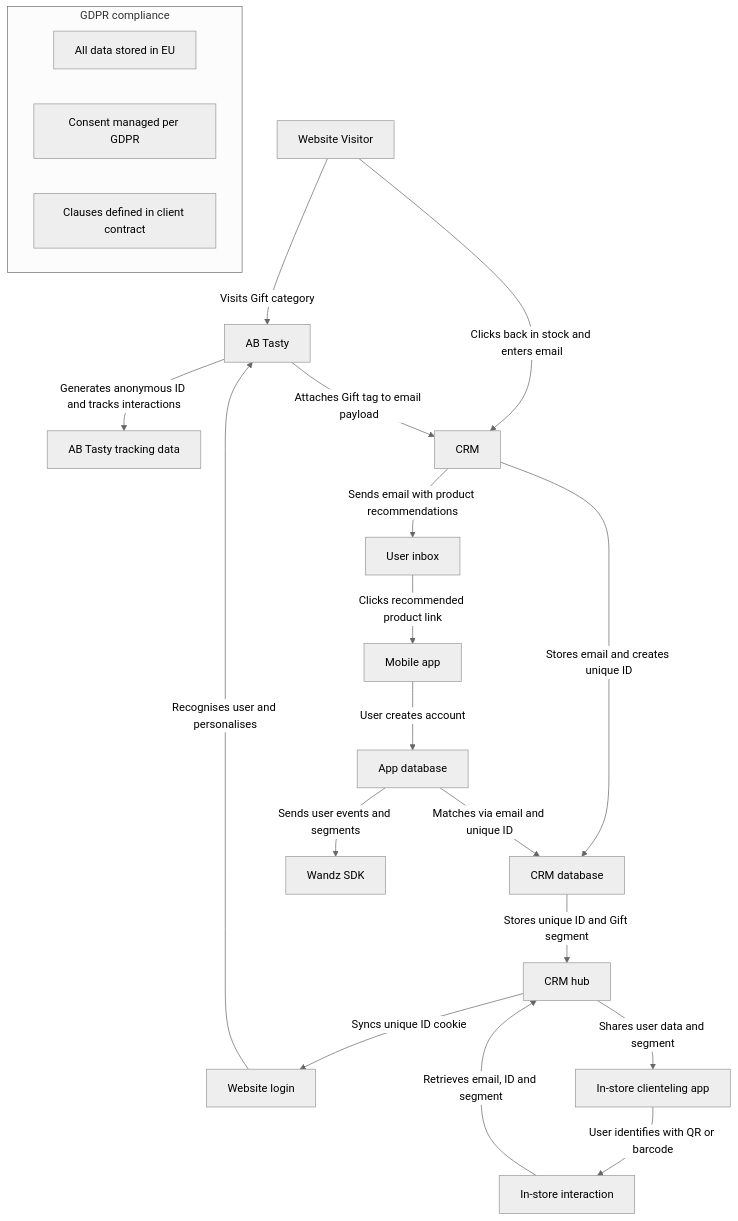
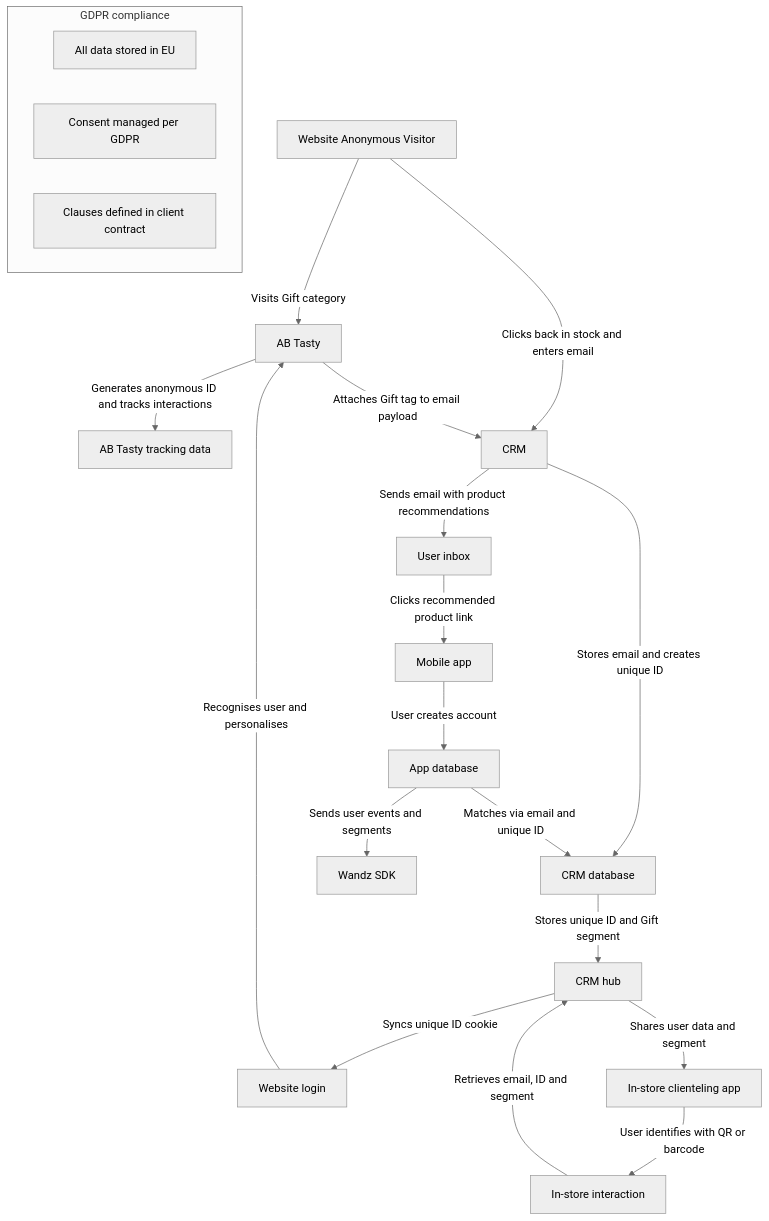
Before and after one commit to valoudefou/luxury-perosnalisation-across-channel: the first of 2 diagrams in README.md, drawn with Mermaid (neutral theme).

````diff
--- a/README.md
+++ b/README.md
@@ -22,26 +22,26 @@
 ```mermaid
 %% Omnichannel Customer Journey (Flowchart)
 flowchart TD
-    A[Website Visitor] -->|Visits Gift category| B[AB Tasty]
+    A[Website Anonymous Visitor] -->|Visits Gift category| B[AB Tasty]
     B -->|Generates anonymous ID and tracks interactions| C[AB Tasty tracking data]
     A -->|Clicks back in stock and enters email| D[CRM]
     B -->|Attaches Gift tag to email payload| D
     D -->|Stores email and creates unique ID| E[CRM database]
     D -->|Sends email with product recommendations| A2[User inbox]
     A2 -->|Clicks recommended product link| F[Mobile app]
     F -->|User creates account| G[App database]
     G -->|Matches via email and unique ID| E
     G -->|Sends user events and segments| H[Wandz SDK]
     E -->|Stores unique ID and Gift segment| I[CRM hub]
     I -->|Syncs unique ID cookie| J[Website login]
     J -->|Recognises user and personalises| B
     I -->|Shares user data and segment| K[In-store clienteling app]
     K -->|User identifies with QR or barcode| L[In-store interaction]
     L -->|Retrieves email, ID and segment| I
 
     subgraph GDPR compliance
         note1[All data stored in EU]
         note2[Consent managed per GDPR]
         note3[Clauses defined in client contract]
     end
 ```
````
